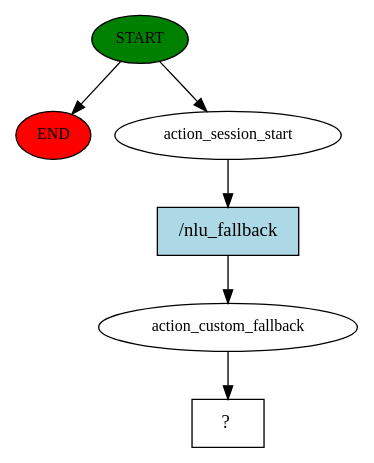
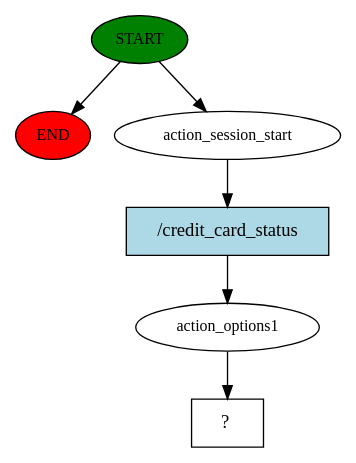
The diagram in gplexRasa/story_graph.dot (ehzawad/lanka_bangla), drawn with Graphviz before and after one commit. The commit also changed 7 other files, not shown here.

```diff
--- a/gplexRasa/story_graph.dot
+++ b/gplexRasa/story_graph.dot
@@ -1,13 +1,13 @@
 digraph  {
 0 [class="start active", fillcolor=green, fontsize=12, label=START, style=filled];
 "-1" [class=end, fillcolor=red, fontsize=12, label=END, style=filled];
 1 [class=active, fontsize=12, label=action_session_start];
-2 [class=active, fontsize=12, label=action_custom_fallback];
+2 [class=active, fontsize=12, label=action_options1];
 3 [class="intent dashed active", label="  ?  ", shape=rect];
-4 [class="intent active", fillcolor=lightblue, label="/nlu_fallback", shape=rect, style=filled];
+4 [class="intent active", fillcolor=lightblue, label="/credit_card_status", shape=rect, style=filled];
 0 -> "-1"  [class="", key=NONE, label=""];
 0 -> 1  [class=active, key=NONE, label=""];
 1 -> 4  [class=active, key=0];
 2 -> 3  [class=active, key=NONE, label=""];
 4 -> 2  [class=active, key=0];
 }
```
